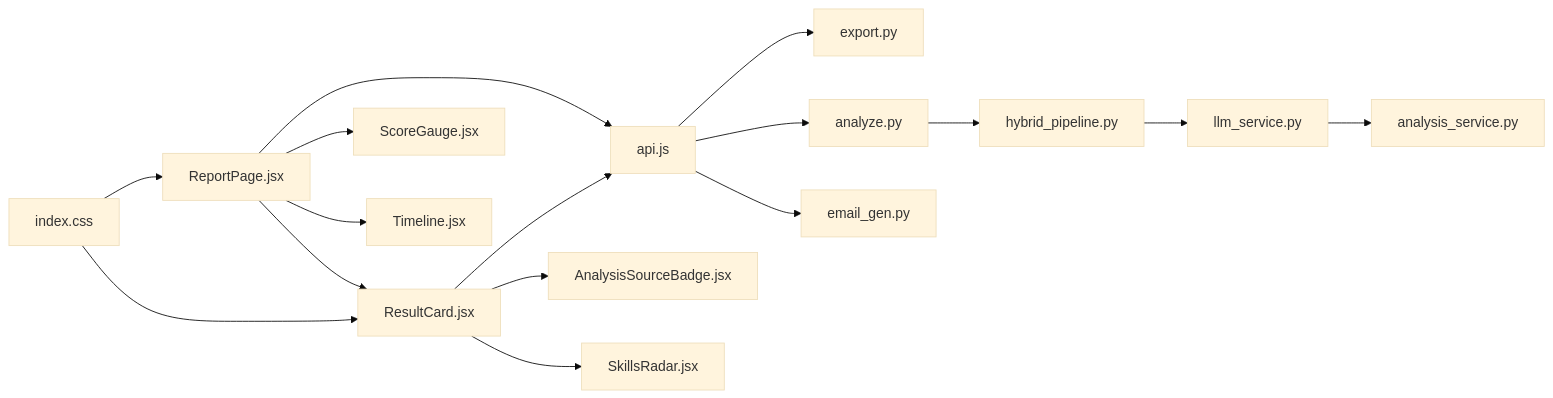
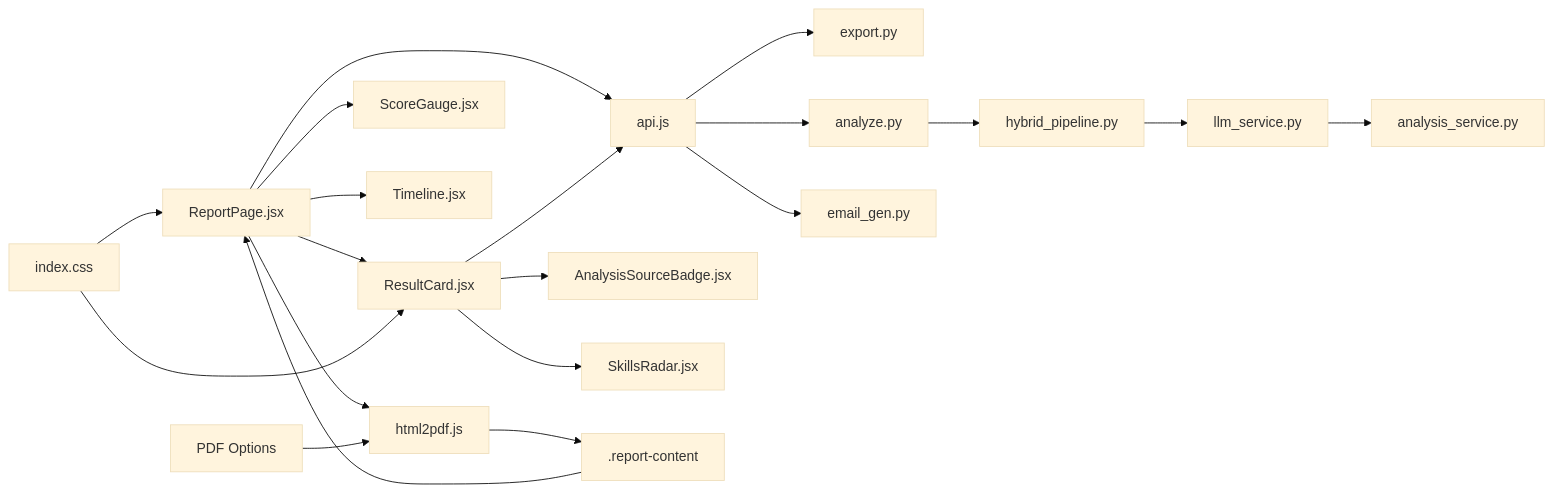
Diagram 12 of 12 in .qoder/repowiki/en/content/Reporting & Analytics/Individual Reports.md (Revanththetalogics/aireume), drawn with Mermaid (base theme) before and after one commit. The commit also changed other lines of this file and 21 other files, not shown here.

````diff
--- a/.qoder/repowiki/en/content/Reporting & Analytics/Individual Reports.md
+++ b/.qoder/repowiki/en/content/Reporting & Analytics/Individual Reports.md
@@ -505,18 +494,22 @@
 ```mermaid
 graph LR
 RP["ReportPage.jsx"] --> RC["ResultCard.jsx"]
 RP --> SG["ScoreGauge.jsx"]
 RP --> TL["Timeline.jsx"]
 RP --> API["api.js"]
+RP --> PDF["html2pdf.js"]
 RC --> ASB["AnalysisSourceBadge.jsx"]
 RC --> SR["SkillsRadar.jsx"]
 RC --> API
 API --> EX["export.py"]
 API --> AN["analyze.py"]
 AN --> HP["hybrid_pipeline.py"]
 HP --> LS["llm_service.py"]
 LS --> AS["analysis_service.py"]
 API --> EG["email_gen.py"]
 CSS["index.css"] --> RP
 CSS --> RC
+PDFOPT["PDF Options"] --> PDF
+PDF --> ENDPOINT[".report-content"]
+ENDPOINT --> RP
 ```
````
